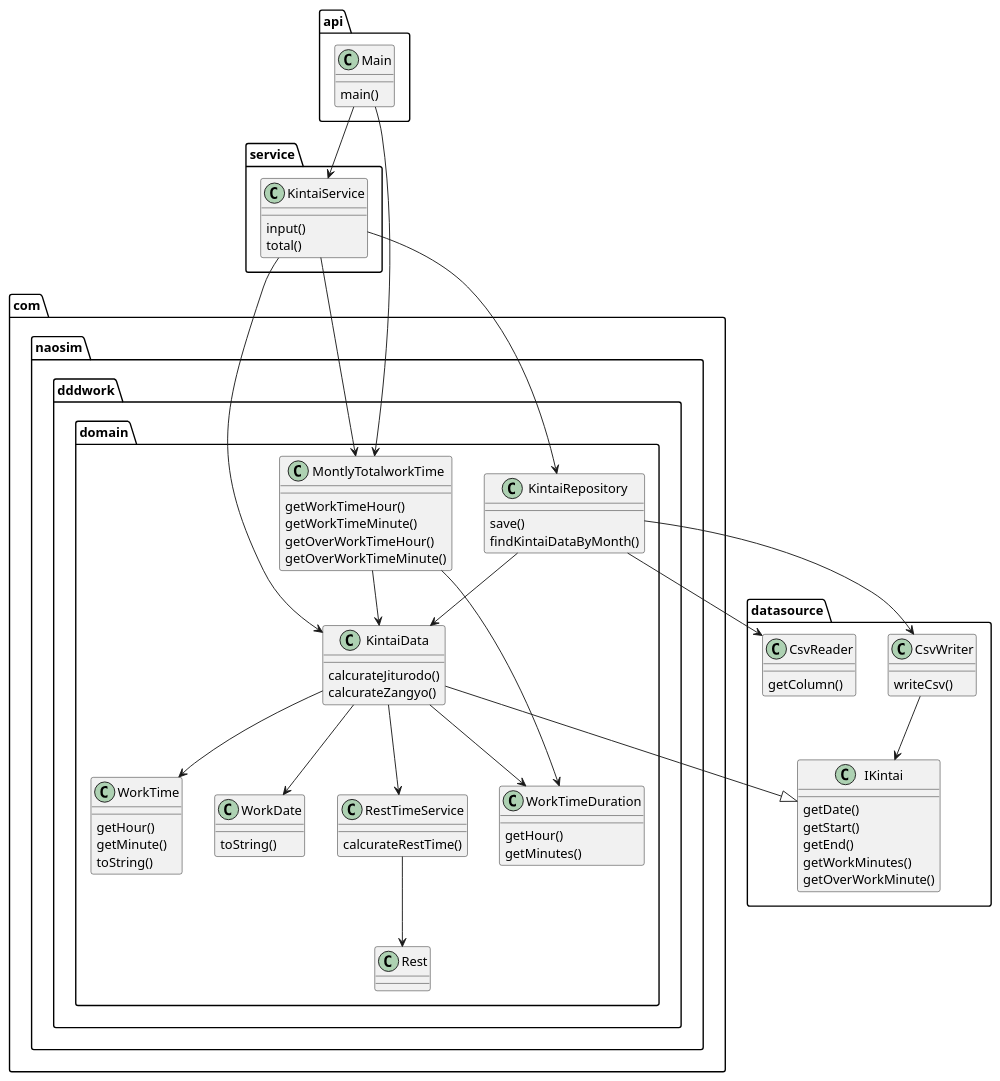
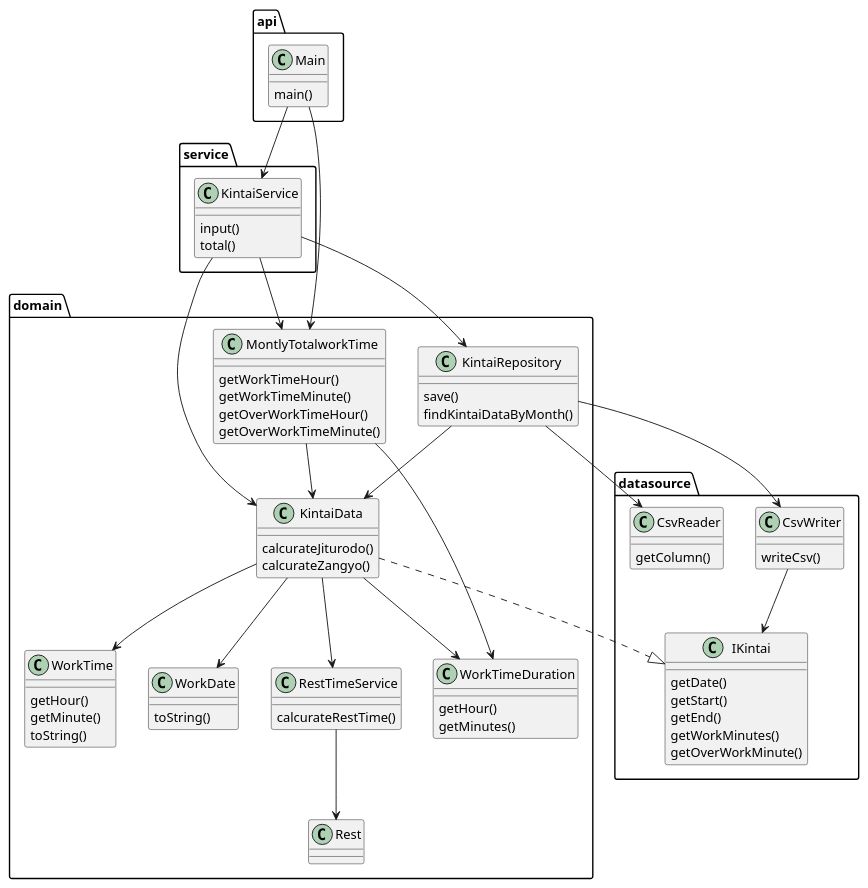
The diagram in doc/classs-diagram.pu (biglobe-isp/kintai), drawn with PlantUML before and after one commit. The commit also changed 8 other files, not shown here.

```diff
--- a/doc/classs-diagram.pu
+++ b/doc/classs-diagram.pu
@@ -1,86 +1,86 @@
 @startuml
 package "api" {
     class Main{
         main()
     }
 }
 
 package "service" {
     class KintaiService{
         input()
         total()
     }
 }
 
 package "datasource"{
     class IKintai{
         getDate()
         getStart()
         getEnd()
         getWorkMinutes()
         getOverWorkMinute()
 
     }
 class CsvWriter{
     writeCsv()
 }
 class CsvReader{
     getColumn()
 }
 } 
-package "com.naosim.dddwork.domain"{
+package "domain"{
 class KintaiData{
     calcurateJiturodo()
     calcurateZangyo()
 }
 class KintaiRepository{
     save()
     findKintaiDataByMonth()
 }
 class MontlyTotalworkTime{
     getWorkTimeHour()
     getWorkTimeMinute()
     getOverWorkTimeHour()
     getOverWorkTimeMinute()
 
 }
 class WorkTime{
     getHour()
     getMinute()
     toString()
 }
 class WorkTimeDuration{
     getHour()
     getMinutes()
 }
 class WorkDate{
     toString()
 }
 class Rest
 class RestTimeService{
     calcurateRestTime()
 }
 } 
 
 
 Main-->KintaiService
 Main-->MontlyTotalworkTime
 KintaiService-->KintaiData
 KintaiService-->KintaiRepository
 KintaiService-->MontlyTotalworkTime
 KintaiData-->WorkTime
 KintaiData-->WorkDate
 KintaiData-->WorkTimeDuration
-KintaiData--|>IKintai
+KintaiData..|>IKintai
 KintaiData-->RestTimeService
 RestTimeService-->Rest
 
 KintaiRepository-->CsvReader
 KintaiRepository-->CsvWriter
 KintaiRepository-->KintaiData
 MontlyTotalworkTime-->WorkTimeDuration
 MontlyTotalworkTime-->KintaiData
 
 
 CsvWriter-->IKintai
 @enduml
```
